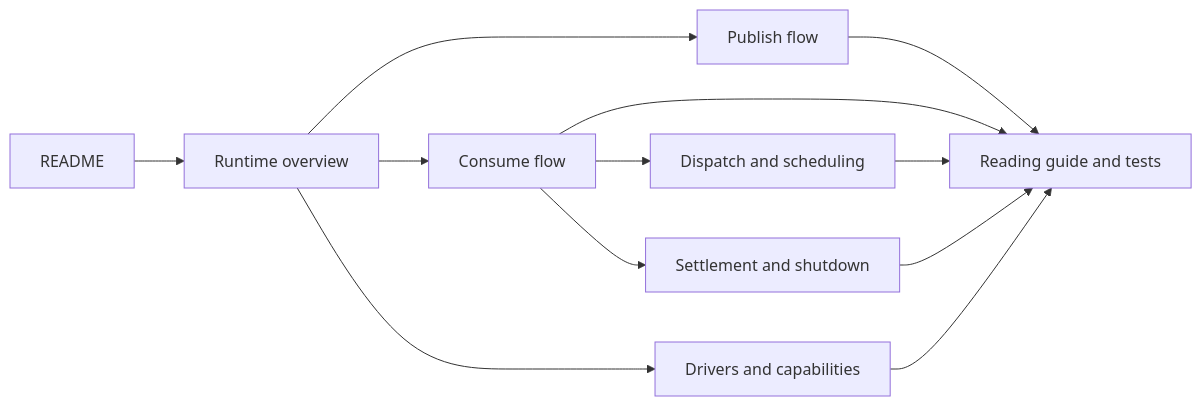
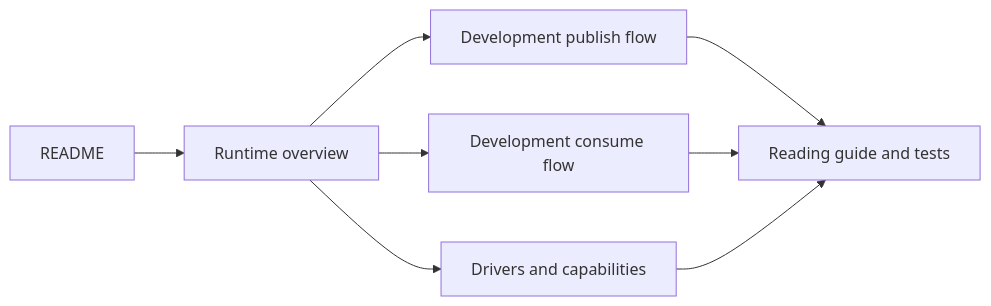
The diagram in docs/README.md (bktrung/edm_sdk), drawn with Mermaid before and after one commit. The commit also changed other lines of this file and 31 other files, not shown here.

````diff
--- a/docs/README.md
+++ b/docs/README.md
@@ -24,14 +27,10 @@
 ```mermaid
 flowchart LR
     A[README] --> B[Runtime overview]
-    B --> C[Publish flow]
-    B --> D[Consume flow]
-    D --> E[Dispatch and scheduling]
-    D --> F[Settlement and shutdown]
+    B --> C[Development publish flow]
+    B --> D[Development consume flow]
     B --> G[Drivers and capabilities]
     C --> H[Reading guide and tests]
     D --> H
-    E --> H
-    F --> H
     G --> H
 ```
````
